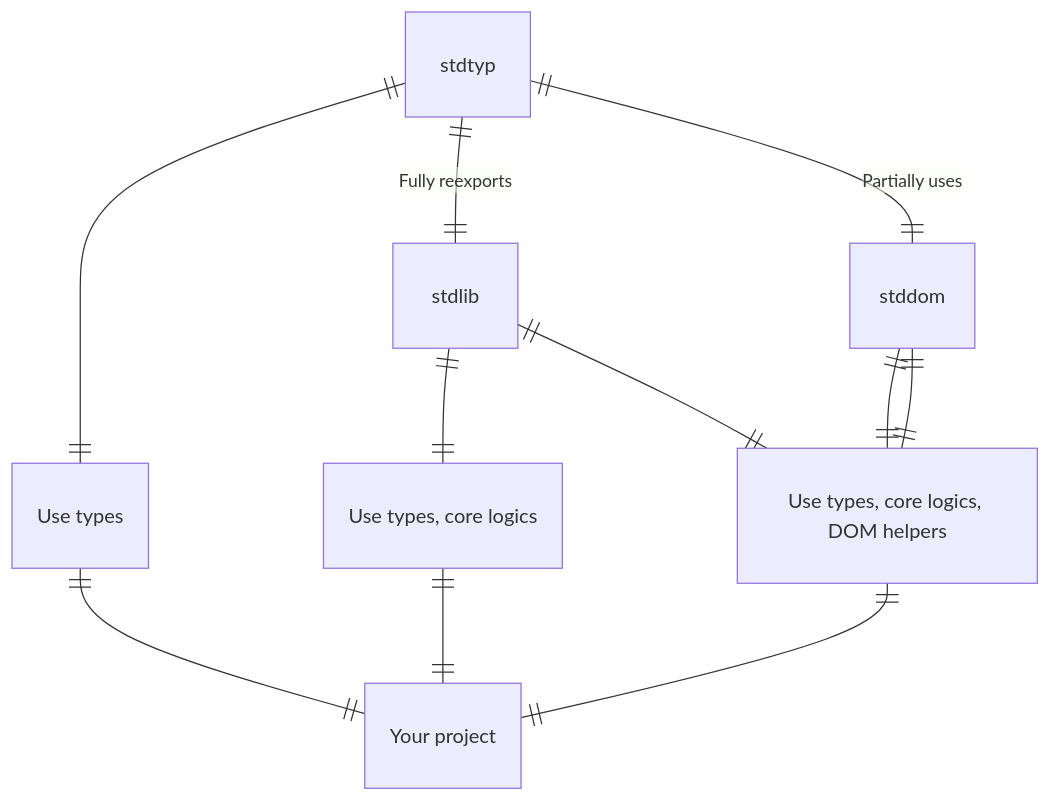
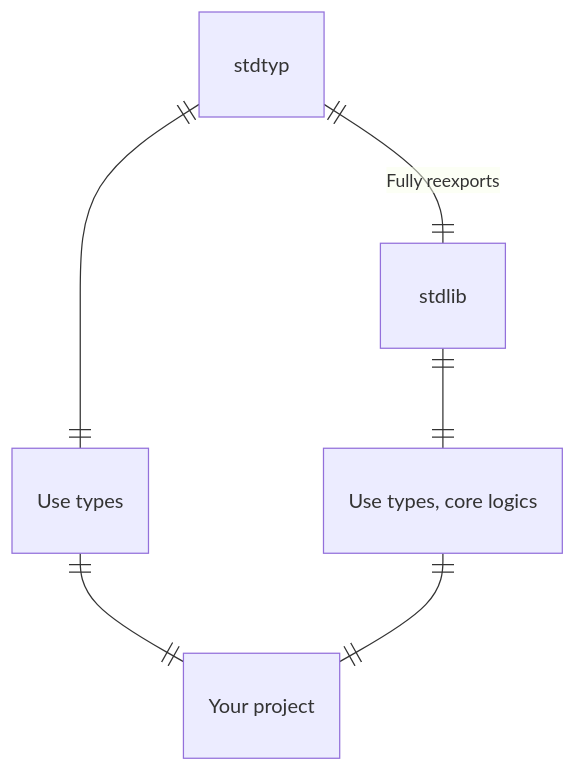
Before and after one commit to webshrine/webshrine: the diagram in README.md, drawn with Mermaid. The commit also changed other lines of this file and 8 other files, not shown here.

````diff
--- a/README.md
+++ b/README.md
@@ -10,13 +10,8 @@
 ```mermaid
 erDiagram
 stdtyp ||--|| stdlib : "Fully reexports"
-stdtyp ||--|| stddom : "Partially uses"
 stdtyp ||--|| "Use types" : ""
 stdlib ||--|| "Use types, core logics" : ""
-stdlib ||--|| "Use types, core logics, DOM helpers" : ""
-stddom ||--|| "Use types, core logics, DOM helpers" : ""
-stddom ||--|| "Use types, core logics, DOM helpers" : ""
 "Use types" ||--|| "Your project" : ""
 "Use types, core logics" ||--|| "Your project" : ""
-"Use types, core logics, DOM helpers" ||--|| "Your project" : ""
 ```
````
